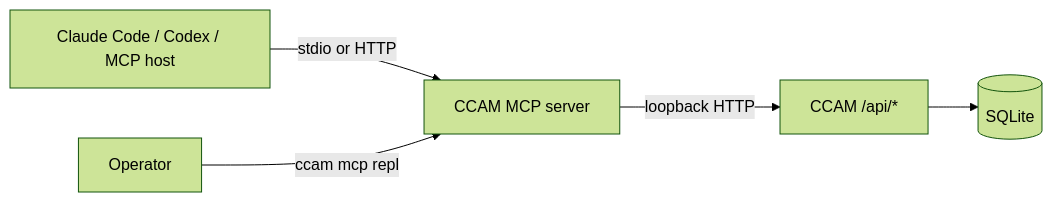
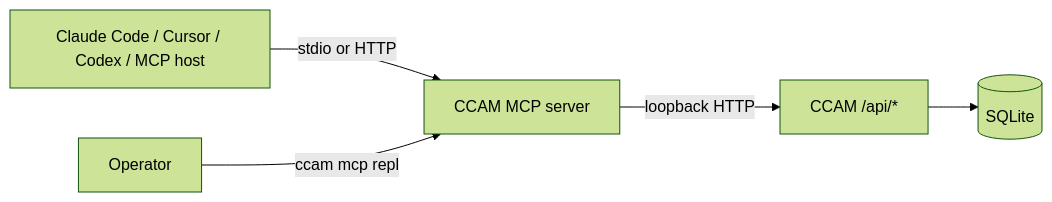
One commit to Doccy008/Claude-Code-Agent-Monitor changed the diagram in docs/MCP.md. Above: the diagram before and after it, drawn with Mermaid (forest theme). The commit also changed 14 other files, not shown here.

````diff
--- a/docs/MCP.md
+++ b/docs/MCP.md
@@ -7,7 +7,7 @@
 ```mermaid
 flowchart LR
-    H["Claude Code / Codex / MCP host"] -->|stdio or HTTP| M["CCAM MCP server"]
+    H["Claude Code / Cursor / Codex / MCP host"] -->|stdio or HTTP| M["CCAM MCP server"]
     R["Operator"] -->|ccam mcp repl| M
     M -->|loopback HTTP| A["CCAM /api/*"]
     A --> D[(SQLite)]
 ```
````
